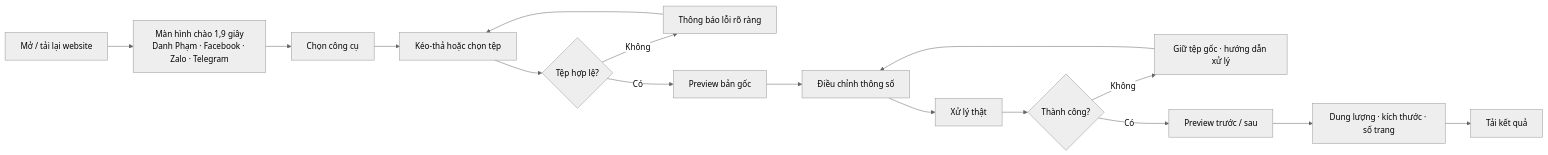
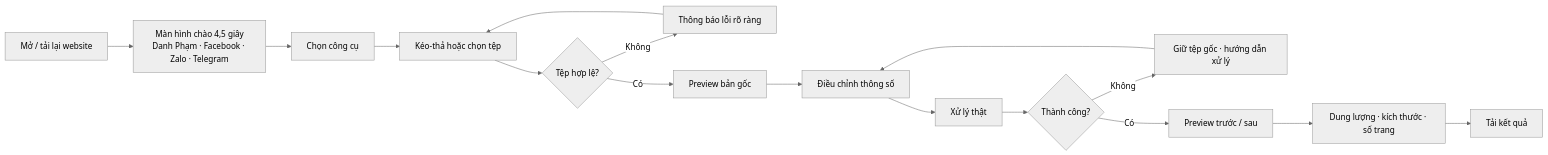
The third of 5 diagrams in DIAGRAMS.md (phamcongdanh98/Web-tool-ALL), drawn with Mermaid (neutral theme) before and after one commit. The commit also changed 4 other files, not shown here.

````diff
--- a/DIAGRAMS.md
+++ b/DIAGRAMS.md
@@ -82,18 +82,18 @@
 ```mermaid
 flowchart LR
-    O["Mở / tải lại website"] --> W["Màn hình chào 1,9 giây<br/>Danh Phạm · Facebook · Zalo · Telegram"]
+    O["Mở / tải lại website"] --> W["Màn hình chào 4,5 giây<br/>Danh Phạm · Facebook · Zalo · Telegram"]
     W --> A["Chọn công cụ"]
     A --> B["Kéo-thả hoặc chọn tệp"]
     B --> C{"Tệp hợp lệ?"}
     C -- "Không" --> D["Thông báo lỗi rõ ràng"]
     D --> B
     C -- "Có" --> E["Preview bản gốc"]
     E --> F["Điều chỉnh thông số"]
     F --> G["Xử lý thật"]
     G --> H{"Thành công?"}
     H -- "Không" --> I["Giữ tệp gốc · hướng dẫn xử lý"]
     I --> F
     H -- "Có" --> J["Preview trước / sau"]
     J --> K["Dung lượng · kích thước · số trang"]
     K --> L["Tải kết quả"]
 ```
````
